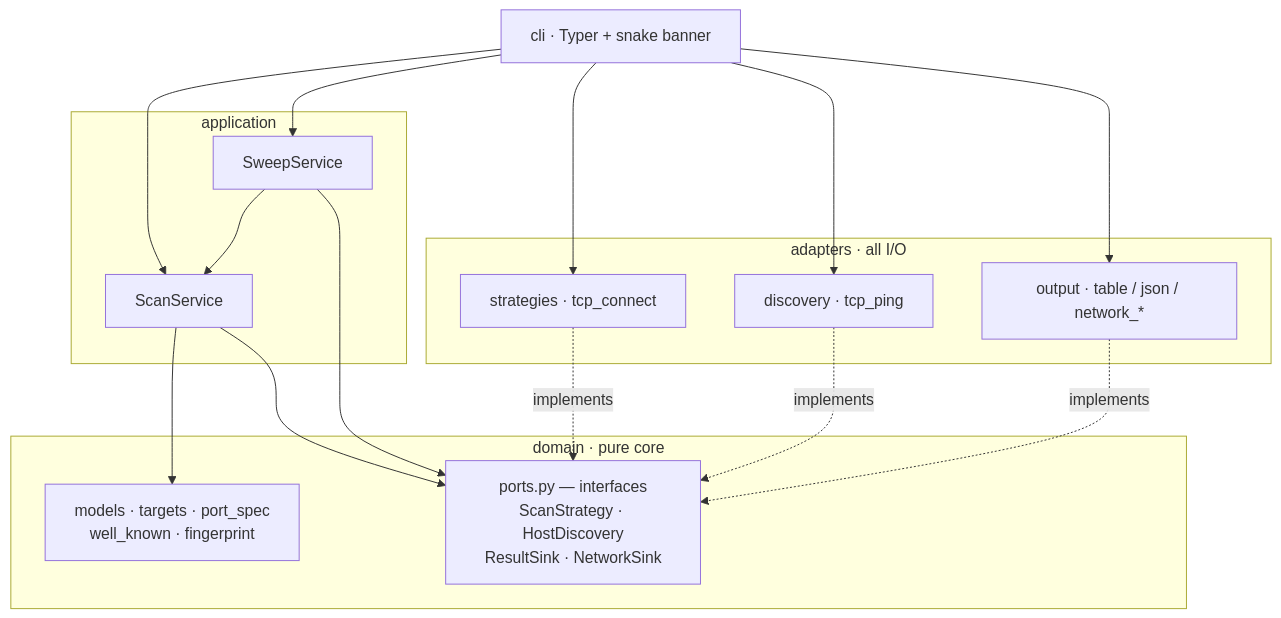
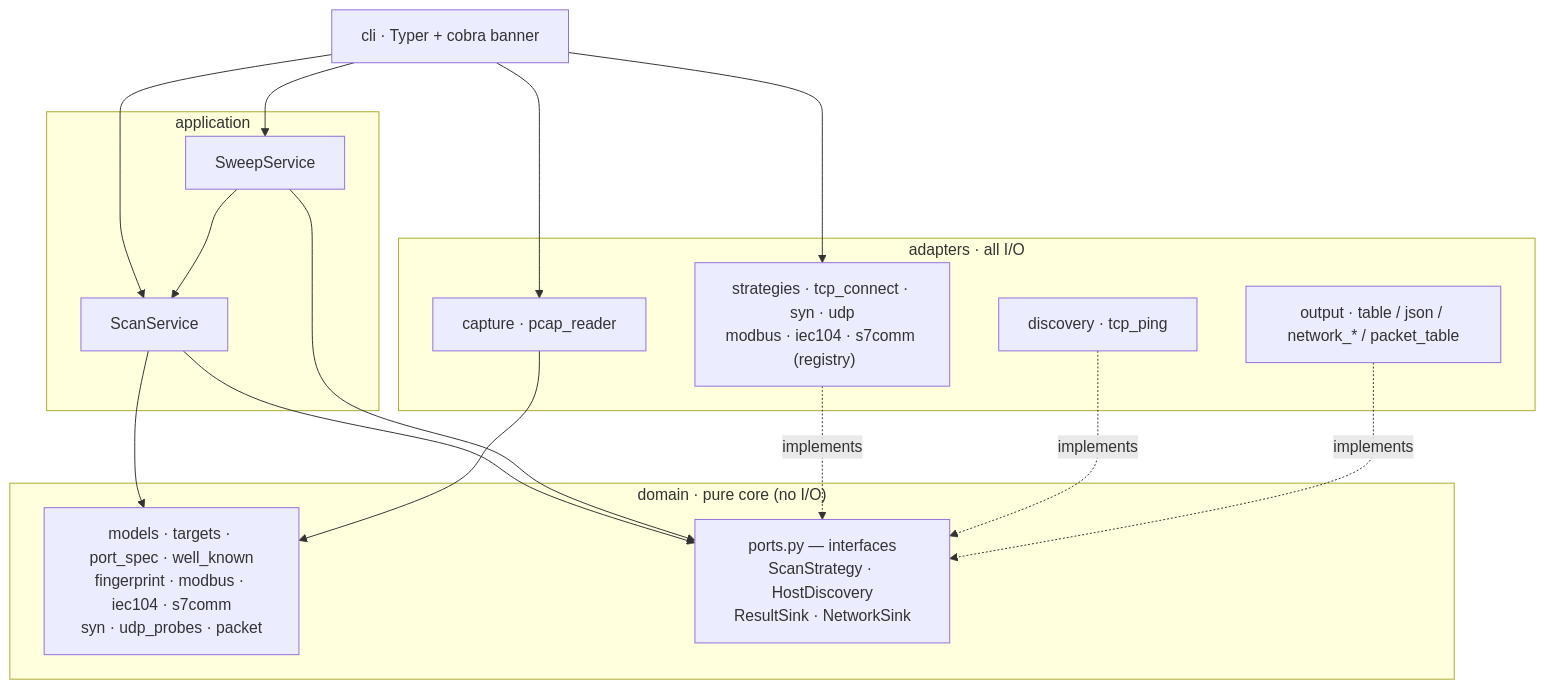
Before and after one commit to Zoel-Manchon/pyscan: the first of 2 diagrams in README.md, drawn with Mermaid. The commit also changed other lines of this file and 7 other files, not shown here.

````diff
--- a/README.md
+++ b/README.md
@@ -72,29 +102,30 @@
 ```mermaid
 flowchart TB
-    CLI["cli · Typer + snake banner"]
+    CLI["cli · Typer + cobra banner"]
     subgraph APP["application"]
         SCAN["ScanService"]
         SWEEP["SweepService"]
     end
-    subgraph DOMAIN["domain · pure core"]
-        MODELS["models · targets · port_spec<br/>well_known · fingerprint"]
+    subgraph DOMAIN["domain · pure core (no I/O)"]
+        MODELS["models · targets · port_spec · well_known<br/>fingerprint · modbus · iec104 · s7comm<br/>syn · udp_probes · packet"]
         PORTS["ports.py — interfaces<br/>ScanStrategy · HostDiscovery<br/>ResultSink · NetworkSink"]
     end
     subgraph ADAPTERS["adapters · all I/O"]
-        STRAT["strategies · tcp_connect"]
+        STRAT["strategies · tcp_connect · syn · udp<br/>modbus · iec104 · s7comm  (registry)"]
         DISC["discovery · tcp_ping"]
-        OUT["output · table / json / network_*"]
+        CAP["capture · pcap_reader"]
+        OUT["output · table / json / network_* / packet_table"]
     end
     CLI --> SCAN
     CLI --> SWEEP
     SWEEP --> SCAN
     SCAN --> PORTS
     SWEEP --> PORTS
     STRAT -. implements .-> PORTS
     DISC -. implements .-> PORTS
     OUT -. implements .-> PORTS
     SCAN --> MODELS
     CLI --> STRAT
-    CLI --> DISC
-    CLI --> OUT
+    CLI --> CAP
+    CAP --> MODELS
 ```
````
